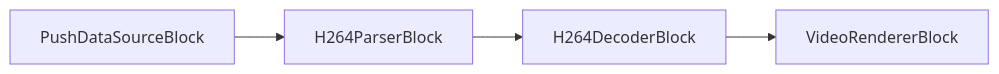
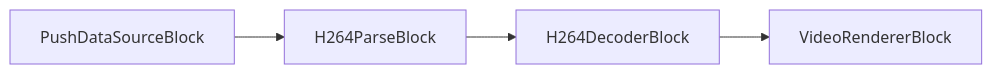
One commit to visioforge/help changed diagram 36 of 49 in dotnet/mediablocks/Sources/index.es.md. Above: the diagram before and after it, drawn with Mermaid. The commit also changed other lines of this file and 815 other files, not shown here.

````diff
--- a/dotnet/mediablocks/Sources/index.es.md
+++ b/dotnet/mediablocks/Sources/index.es.md
@@ -2291,4 +2329,4 @@
 ```mermaid
 graph LR;
-    PushDataSourceBlock-->H264ParserBlock-->H264DecoderBlock-->VideoRendererBlock;
+    PushDataSourceBlock-->H264ParseBlock-->H264DecoderBlock-->VideoRendererBlock;
 ```
````
